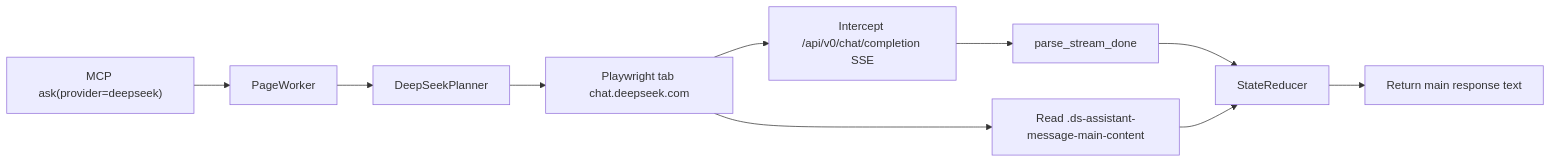
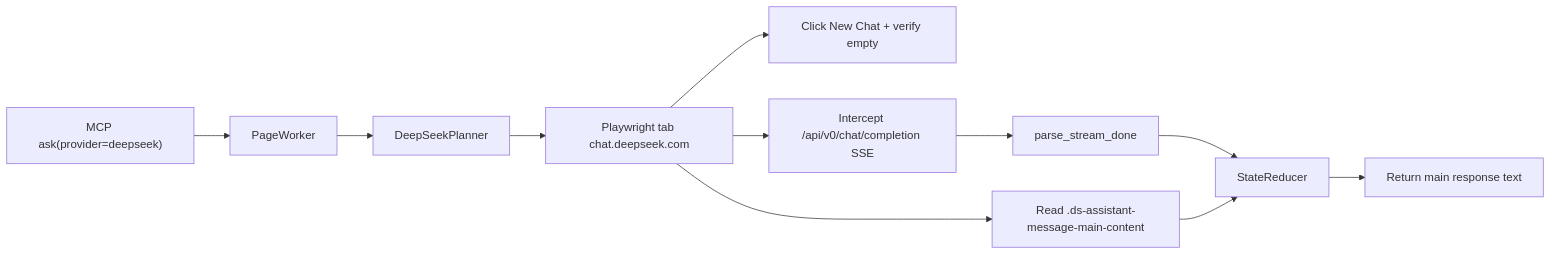
The diagram in docs/superpowers/specs/2026-07-18-deepseek-provider-design.md (scriptkid23/ai-router), drawn with Mermaid before and after one commit. The commit also changed other lines of this file, not shown here.

First line of the commit message:
docs: revise DeepSeek spec after ChatGPT/Gemini review

````diff
--- a/docs/superpowers/specs/2026-07-18-deepseek-provider-design.md
+++ b/docs/superpowers/specs/2026-07-18-deepseek-provider-design.md
@@ -25,12 +27,13 @@
 ```mermaid
 flowchart LR
     MCP["MCP ask(provider=deepseek)"] --> Worker["PageWorker"]
     Worker --> Planner["DeepSeekPlanner"]
     Planner --> Browser["Playwright tab chat.deepseek.com"]
+    Browser --> NewChat["Click New Chat + verify empty"]
     Browser --> SSE["Intercept /api/v0/chat/completion SSE"]
     Browser --> DOM["Read .ds-assistant-message-main-content"]
     SSE --> Parser["parse_stream_done"]
     Parser --> Reducer["StateReducer"]
     DOM --> Reducer
     Reducer --> Answer["Return main response text"]
 ```
````
